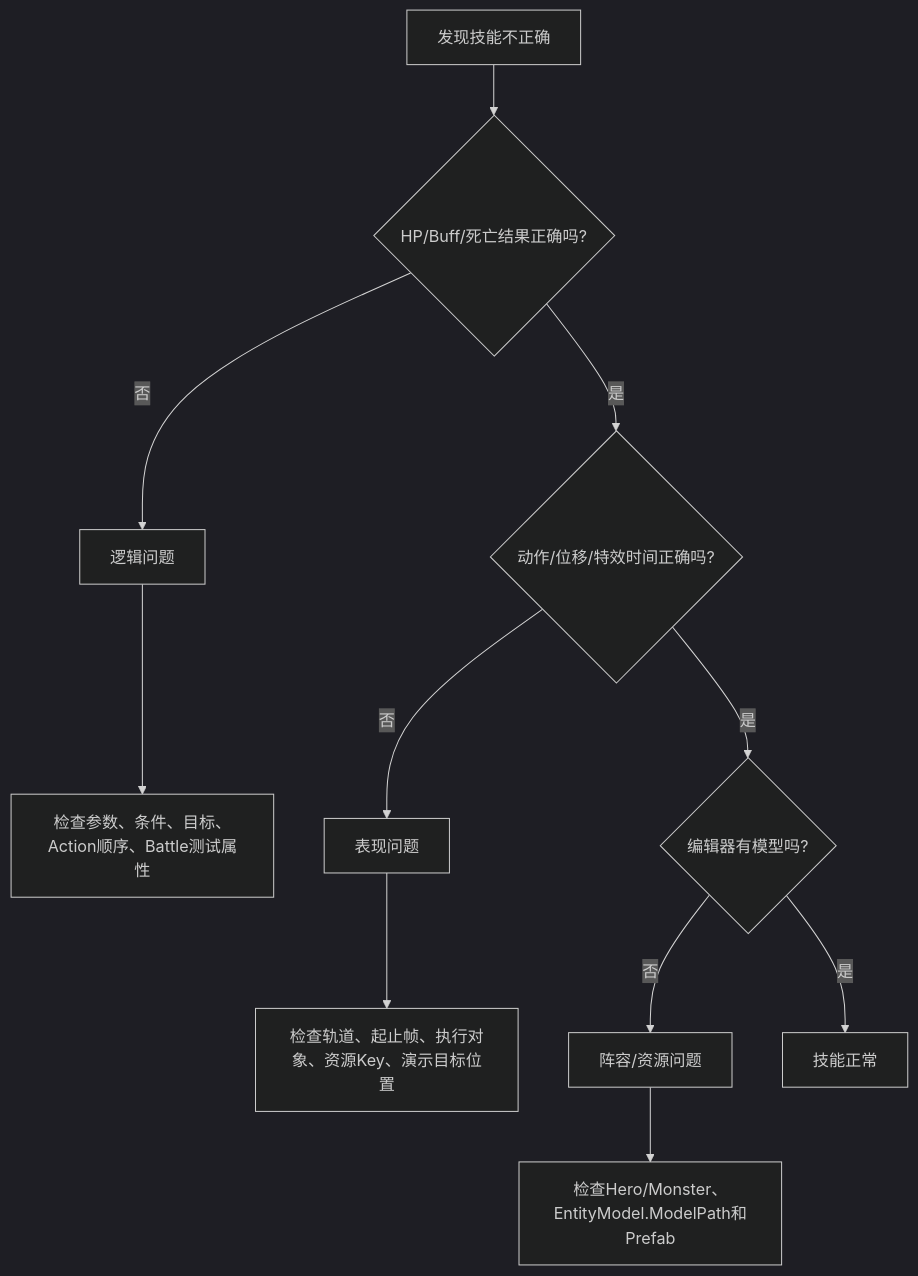
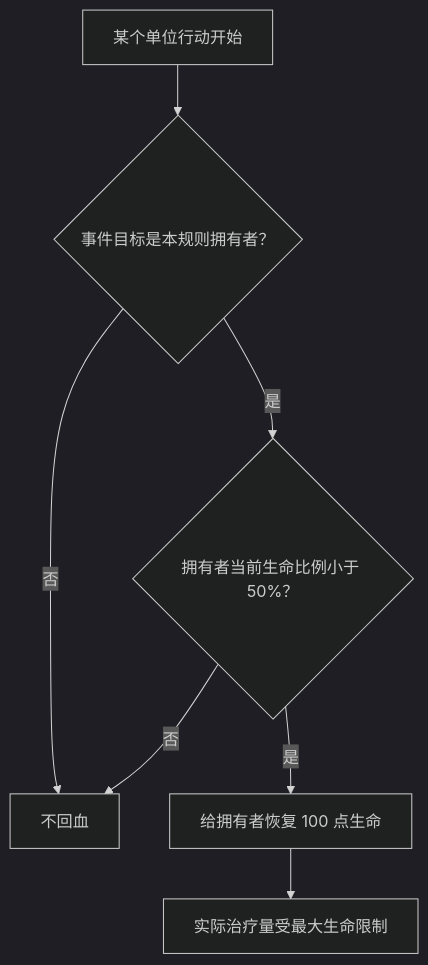
One commit to liuxiuyang0926-bit/LxyProject changed diagram 12 of 13 in Packages/LxyGame/LxyGame.Logic/Documentation~/TurnBasedSkillAuthoringGuide.md. Above: the diagram before and after it, drawn with Mermaid (dark theme). The commit also changed other lines of this file and 45 other files, not shown here.

````diff
--- a/Packages/LxyGame/LxyGame.Logic/Documentation~/TurnBasedSkillAuthoringGuide.md
+++ b/Packages/LxyGame/LxyGame.Logic/Documentation~/TurnBasedSkillAuthoringGuide.md
@@ -783,13 +1032,9 @@
-```mermaid
+~~~mermaid
 flowchart TD
-    A[发现技能不正确] --> B{HP/Buff/死亡结果正确吗?}
-    B -- 否 --> C[逻辑问题]
-    C --> D[检查参数、条件、目标、Action顺序、Battle测试属性]
-    B -- 是 --> E{动作/位移/特效时间正确吗?}
-    E -- 否 --> F[表现问题]
-    F --> G[检查轨道、起止帧、执行对象、资源Key、演示目标位置]
-    E -- 是 --> H{编辑器有模型吗?}
-    H -- 否 --> I[阵容/资源问题]
-    I --> J[检查Hero/Monster、EntityModel.ModelPath和Prefab]
-    H -- 是 --> K[技能正常]
-```
+    A["某个单位行动开始"] --> B{"事件目标是本规则拥有者？"}
+    B -- 否 --> X["不回血"]
+    B -- 是 --> C{"拥有者当前生命比例小于 50%？"}
+    C -- 否 --> X
+    C -- 是 --> D["给拥有者恢复 100 点生命"]
+    D --> E["实际治疗量受最大生命限制"]
+~~~
````
